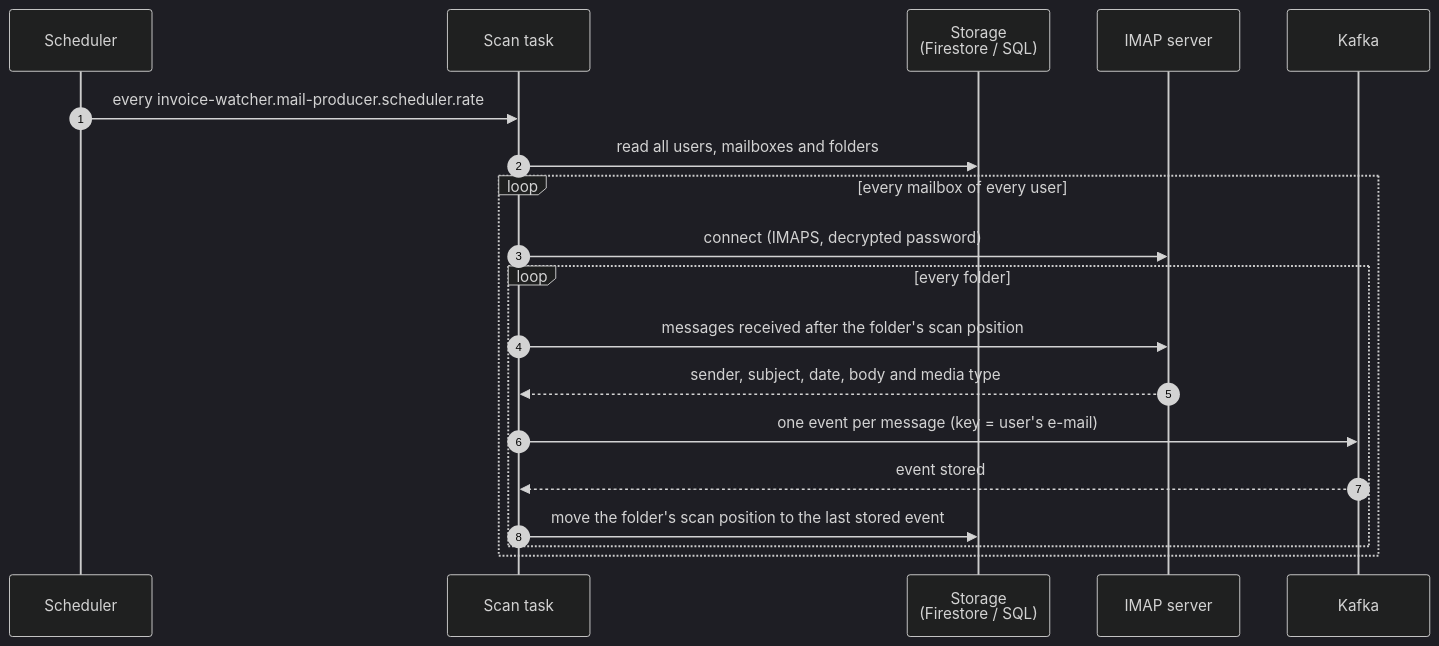
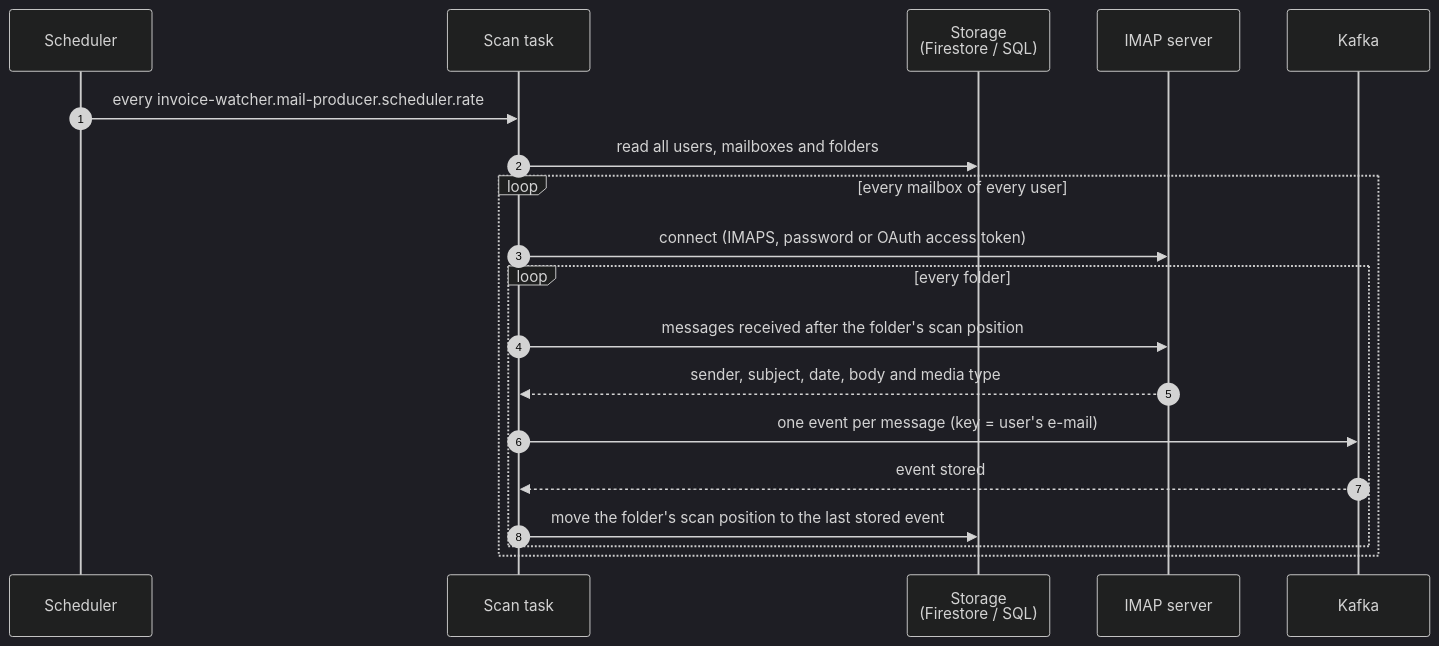
One commit to Guslarz/invoice-watcher changed the first of 2 diagrams in docs/system/index.md. Above: the diagram before and after it, drawn with Mermaid (dark theme). The commit also changed other lines of this file and 314 other files, not shown here.

````diff
--- a/docs/system/index.md
+++ b/docs/system/index.md
@@ -11,22 +11,22 @@
 ```mermaid
 sequenceDiagram
   autonumber
   participant S as Scheduler
   participant T as Scan task
   participant D as Storage<br/>(Firestore / SQL)
   participant M as IMAP server
   participant K as Kafka
 
   S->>T: every invoice-watcher.mail-producer.scheduler.rate
   T->>D: read all users, mailboxes and folders
   loop every mailbox of every user
-    T->>M: connect (IMAPS, decrypted password)
+    T->>M: connect (IMAPS, password or OAuth access token)
     loop every folder
       T->>M: messages received after the folder's scan position
       M-->>T: sender, subject, date, body and media type
       T->>K: one event per message (key = user's e-mail)
       K-->>T: event stored
       T->>D: move the folder's scan position to the last stored event
     end
   end
 ```
````
